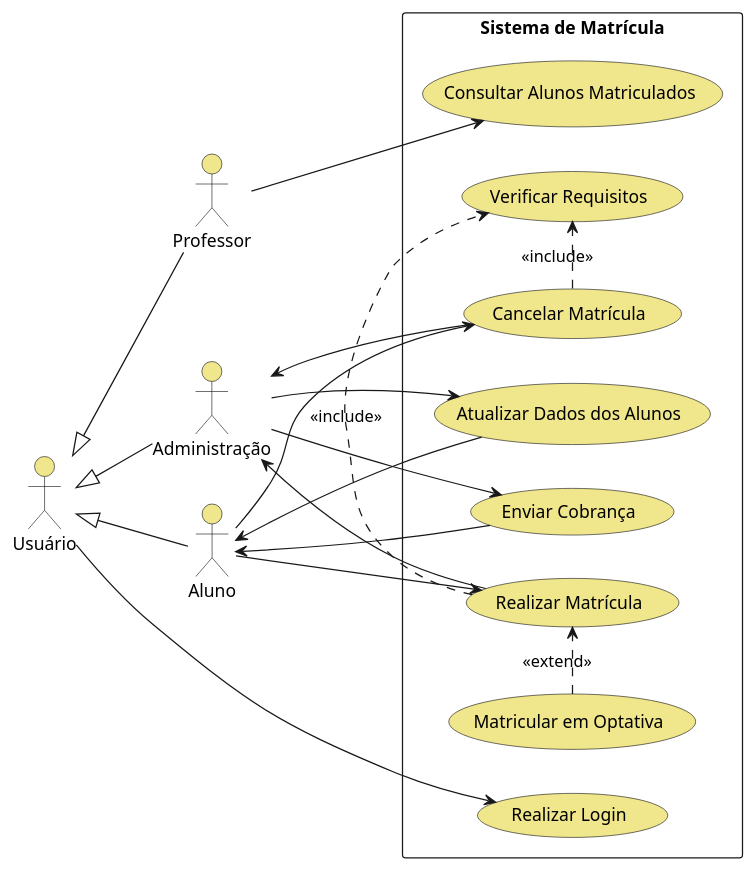
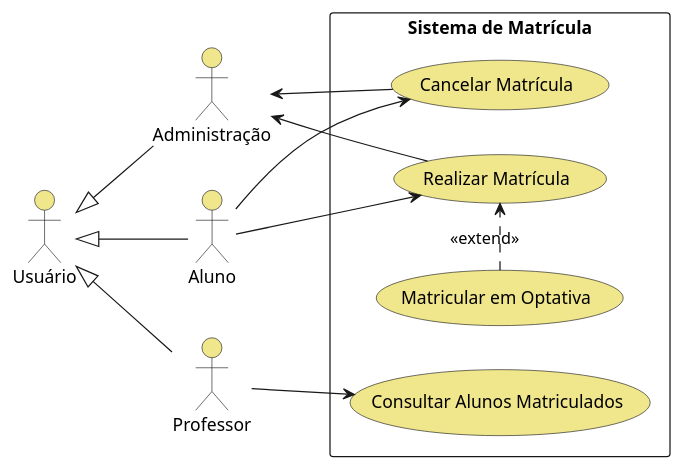
One commit to RafaelPChequer/LAB-01-SistemaDeMatricula changed the diagram in project/code/casos-de-uso.puml. Above: the diagram before and after it, drawn with PlantUML.

Commit message:
doc: remoção de casos de uso (não fazem parte matricula)

```diff
--- a/project/code/casos-de-uso.puml
+++ b/project/code/casos-de-uso.puml
@@ -1,40 +1,31 @@
 @startuml
 'https://plantuml.com/use-case-diagram
 
 left to right direction
 
 skinparam usecase {
     BackgroundColor Khaki
 }
 
 skinparam actor {
     BackgroundColor Khaki
 }
 
 :Usuário: <|-- :Aluno:
 :Usuário: <|-- :Professor:
 :Usuário: <|-- :Administração:
 
 rectangle "Sistema de Matrícula" {
 
-:Usuário: --> (Realizar Login)
-
 :Administração: <-- (Realizar Matrícula)
 :Administração: <-- (Cancelar Matrícula)
-:Administração: --> (Atualizar Dados dos Alunos)
-:Administração: --> (Enviar Cobrança)
 
 :Aluno: --> (Realizar Matrícula)
 :Aluno: --> (Cancelar Matrícula)
-:Aluno: <-- (Atualizar Dados dos Alunos)
-:Aluno: <-- (Enviar Cobrança)
 
 :Professor: --> (Consultar Alunos Matriculados)
-
-(Realizar Matrícula) .> (Verificar Requisitos) : <<include>>
-(Cancelar Matrícula) .> (Verificar Requisitos) : <<include>>
 
 (Matricular em Optativa) .> (Realizar Matrícula) : <<extend>>
 }
 
 @enduml
```
